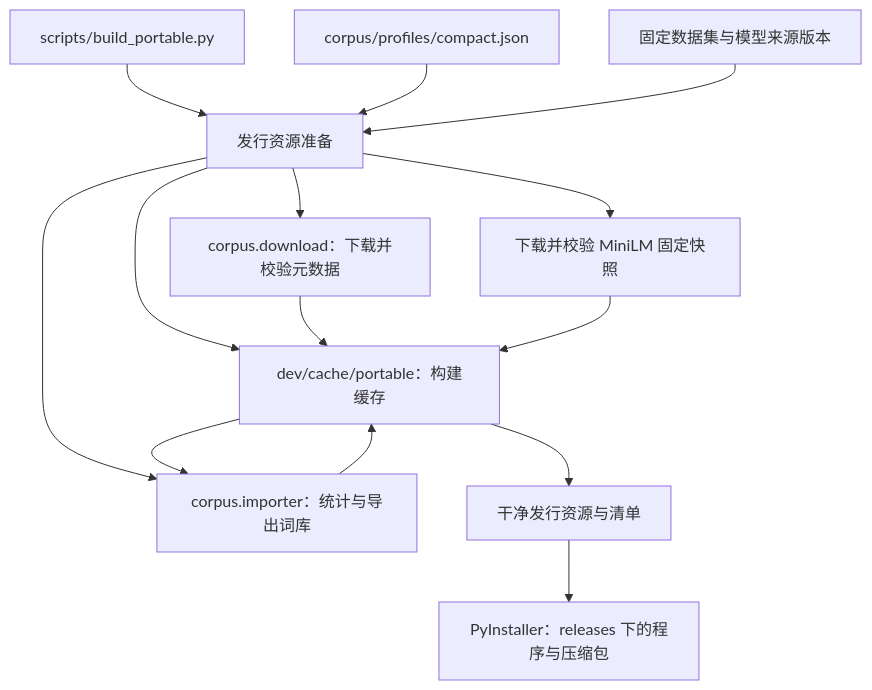
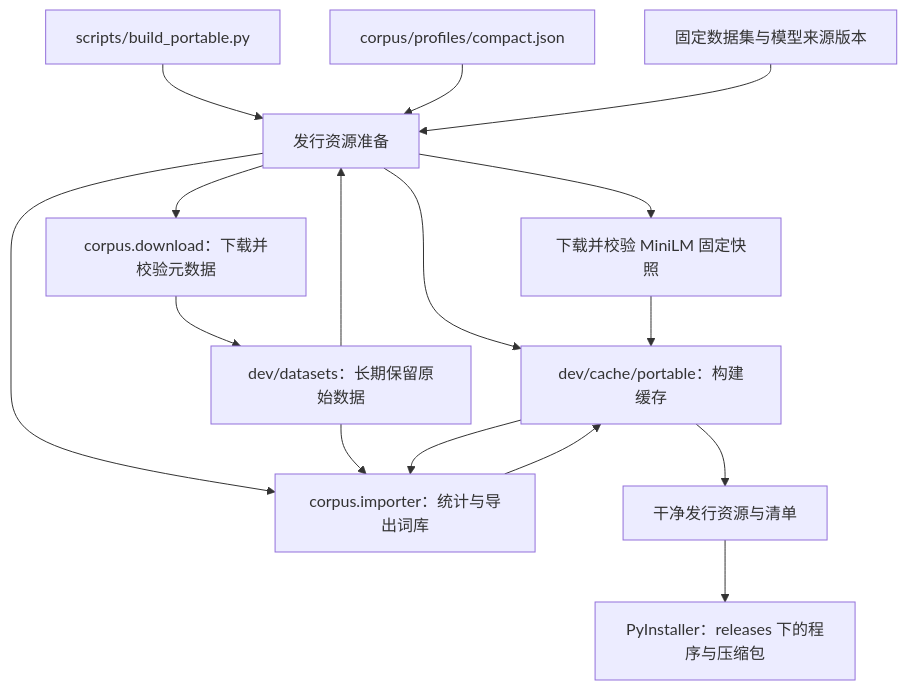
The first of 2 diagrams in docs/dev/issues/portable-build-cache.md (Lykr/pictide), drawn with Mermaid before and after one commit. The commit also changed other lines of this file, not shown here.

Commit message:
docs(build): keep raw datasets separate from rebuildable caches

````diff
--- a/docs/dev/issues/portable-build-cache.md
+++ b/docs/dev/issues/portable-build-cache.md
@@ -11,16 +11,18 @@
 ```mermaid
 flowchart TD
     Build[scripts/build_portable.py] --> Prepare[发行资源准备]
     Profile[corpus/profiles/compact.json] --> Prepare
     Lock[固定数据集与模型来源版本] --> Prepare
+    Dataset[dev/datasets：长期保留原始数据] --> Prepare
     Prepare --> Cache[dev/cache/portable：构建缓存]
     Prepare --> Download[corpus.download：下载并校验元数据]
-    Download --> Cache
+    Download --> Dataset
     Prepare --> Import[corpus.importer：统计与导出词库]
+    Dataset --> Import
     Cache --> Import
     Import --> Cache
     Prepare --> Model[下载并校验 MiniLM 固定快照]
     Model --> Cache
     Cache --> Seed[干净发行资源与清单]
     Seed --> Package[PyInstaller：releases 下的程序与压缩包]
 ```
````
